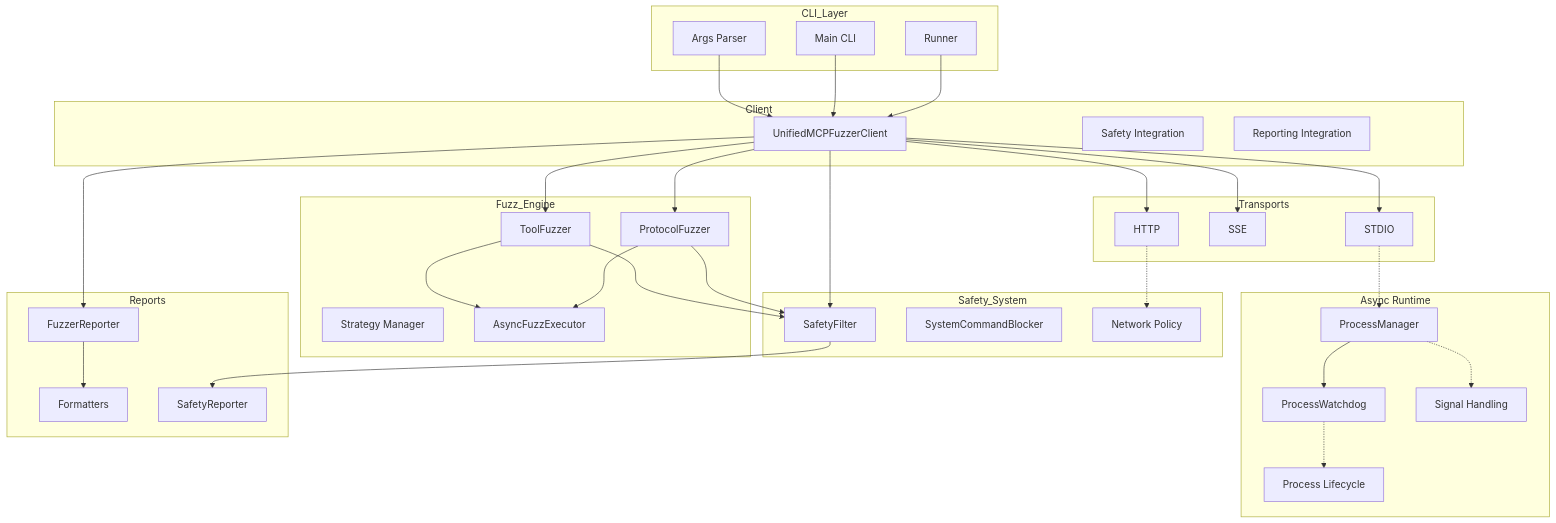
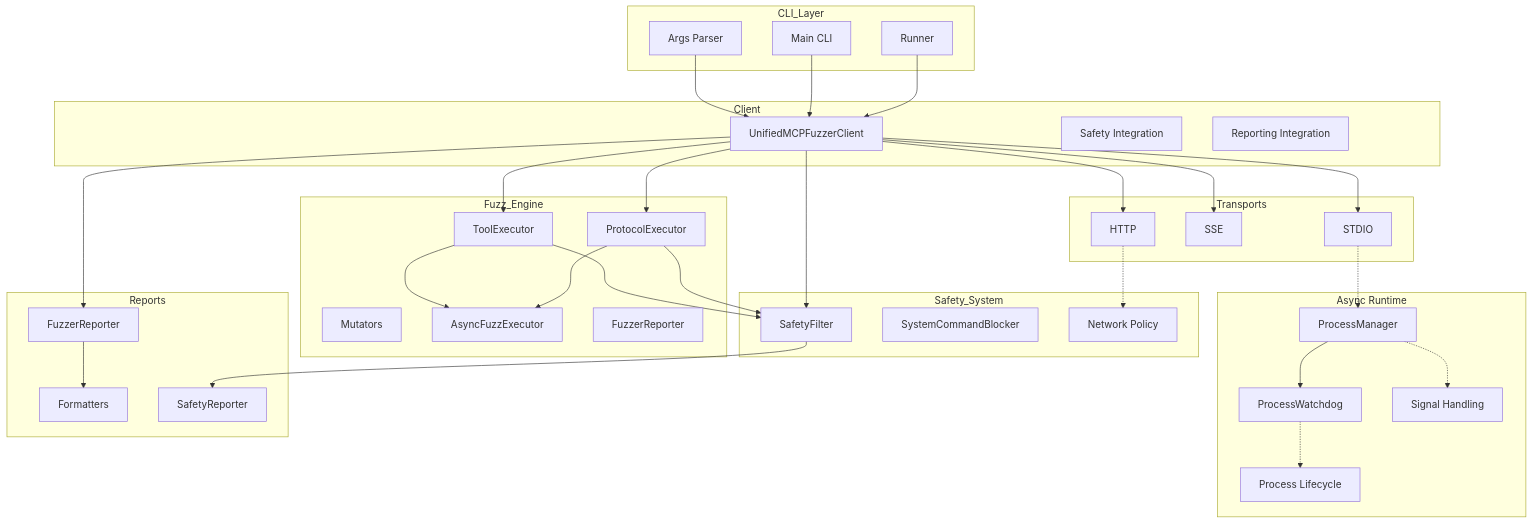
Before and after one commit to Agent-Hellboy/mcp-server-fuzzer: the first of 8 diagrams in docs/architecture/architecture.md, drawn with Mermaid. The commit also changed other lines of this file and 61 other files, not shown here.

````diff
--- a/docs/architecture/architecture.md
+++ b/docs/architecture/architecture.md
@@ -18,72 +18,73 @@
 ```mermaid
 flowchart TB
   subgraph CLI_Layer
     A1[Args Parser]
     A2[Main CLI]
     A3[Runner]
   end
 
   subgraph Client
     B1[UnifiedMCPFuzzerClient]
     B2[Safety Integration]
     B3[Reporting Integration]
   end
 
   subgraph Transports
     C1[HTTP]
     C2[SSE]
     C3[STDIO]
   end
 
   subgraph Fuzz_Engine
-    D1[ToolFuzzer]
-    D2[ProtocolFuzzer]
-    D3[Strategy Manager]
+    D1[ToolExecutor]
+    D2[ProtocolExecutor]
+    D3[Mutators]
     D4[AsyncFuzzExecutor]
+    D5[FuzzerReporter]
   end
 
   subgraph Runtime[Async Runtime]
     R1[ProcessManager]
     R2[ProcessWatchdog]
     R3[Process Lifecycle]
     R4[Signal Handling]
   end
 
   subgraph Safety_System
     E1[SafetyFilter]
     E2[SystemCommandBlocker]
     E3[Network Policy]
   end
 
   subgraph Reports
     F1[FuzzerReporter]
     F2[Formatters]
     F3[SafetyReporter]
   end
 
   A1 --> B1
   A2 --> B1
   A3 --> B1
 
   B1 --> C1
   B1 --> C2
   B1 --> C3
   B1 --> D1
   B1 --> D2
   B1 --> F1
 
   D1 --> E1
   D2 --> E1
   D1 --> D4
   D2 --> D4
 
   C3 -.-> R1
   R1 --> R2
   R2 -.-> R3
   R1 -.-> R4
 
   B1 --> E1
   E1 --> F3
   F1 --> F2
   C1 -.-> E3
 ```
````
